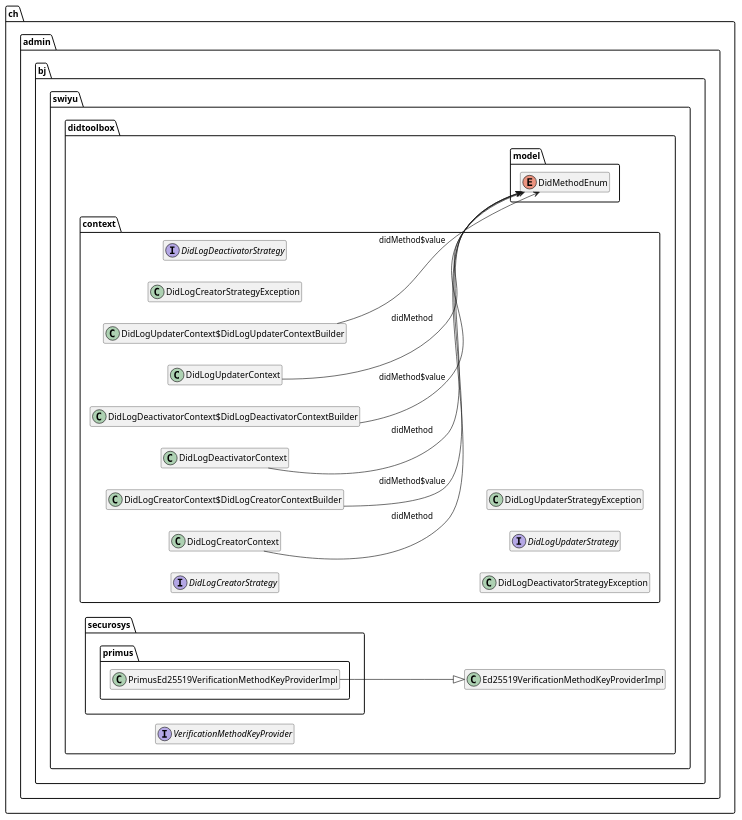
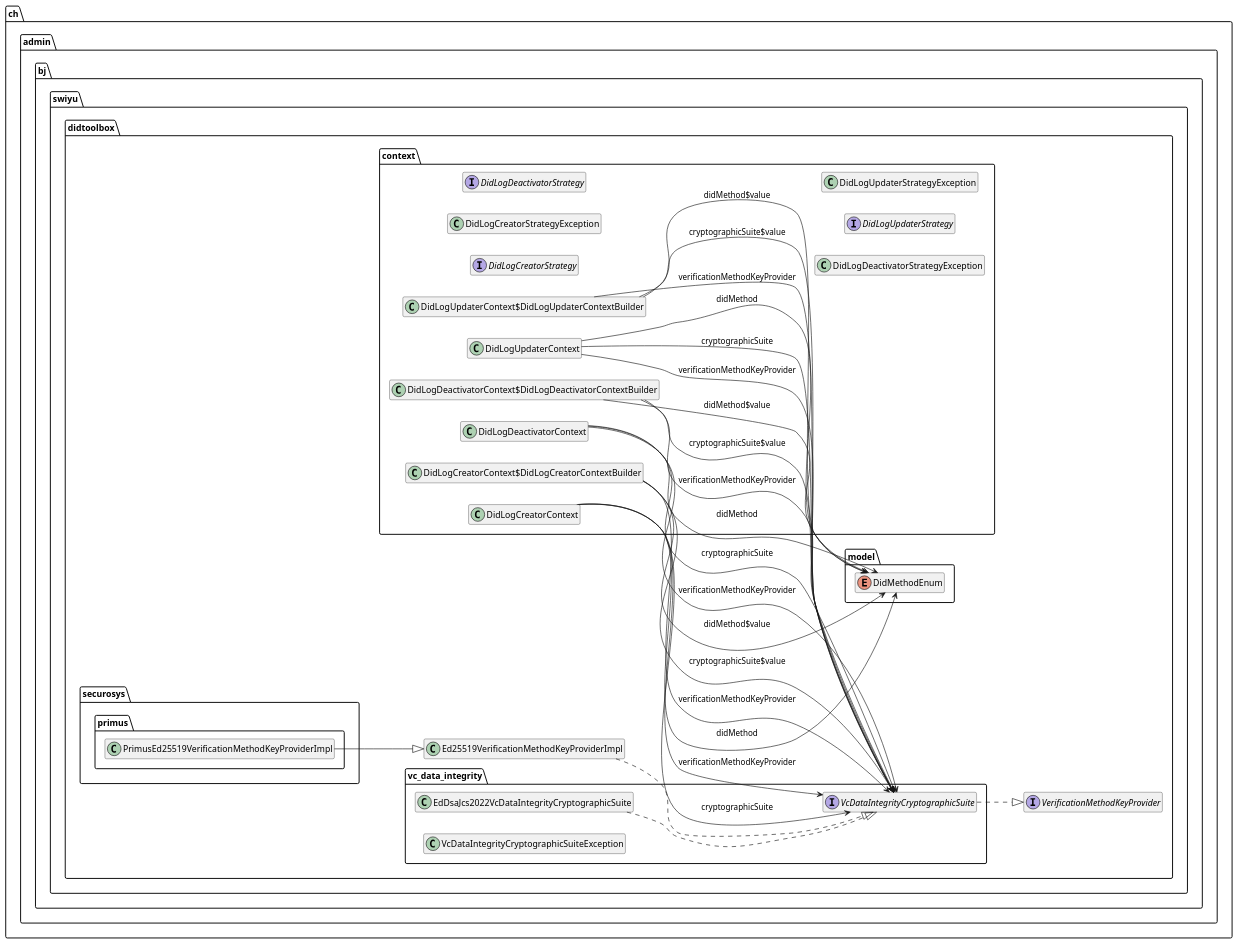
Before and after one commit to swiyu-admin-ch/didtoolbox-java: the diagram in src/main/plantuml/didtoolbox-api-classes-only.puml, drawn with PlantUML. The commit also changed 12 other files, not shown here.

```diff
--- a/src/main/plantuml/didtoolbox-api-classes-only.puml
+++ b/src/main/plantuml/didtoolbox-api-classes-only.puml
@@ -2,133 +2,170 @@
 @startuml
 
 left to right direction
 
 
 class ch.admin.bj.swiyu.didtoolbox.Ed25519VerificationMethodKeyProviderImpl {
 	{field} #keyPair : java.security.KeyPair
 	{field} #provider : java.security.Provider
 	{method} +addProof ( paramString1 : String , paramString2 : String , paramString3 : String , paramZonedDateTime4 : java.time.ZonedDateTime ) : String
 	{method} +generateSignature ( param[B1 : [B ) : [B <<deprecated>> 
 	{method} +getVerificationKeyMultibase () : String
 	{method} +isKeyMultibaseInSet ( paramSet1 : java.util.Set ) : boolean
 	{method} +writePublicKeyAsPem ( paramFile1 : java.io.File ) : void
 }
 
 
 interface ch.admin.bj.swiyu.didtoolbox.VerificationMethodKeyProvider {
 	{method}  {abstract} +generateSignature ( param[B1 : [B ) : [B
 	{method}  {abstract} +getVerificationKeyMultibase () : String
 	{method}  {abstract} +isKeyMultibaseInSet ( paramSet1 : java.util.Set ) : boolean
 }
 
 
 class ch.admin.bj.swiyu.didtoolbox.context.DidLogCreatorContext {
 	{method} +create ( paramURL1 : java.net.URL ) : String
 }
 
 
 class ch.admin.bj.swiyu.didtoolbox.context.DidLogCreatorContext$DidLogCreatorContextBuilder {
 	{method} +assertionMethodKeys ( paramMap1 : java.util.Map ) : ch.admin.bj.swiyu.didtoolbox.context.DidLogCreatorContext$DidLogCreatorContextBuilder
 	{method} +authenticationKeys ( paramMap1 : java.util.Map ) : ch.admin.bj.swiyu.didtoolbox.context.DidLogCreatorContext$DidLogCreatorContextBuilder
 	{method} +build () : ch.admin.bj.swiyu.didtoolbox.context.DidLogCreatorContext
 	{method} +cryptographicSuite ( paramVcDataIntegrityCryptographicSuite1 : ch.admin.bj.swiyu.didtoolbox.vc_data_integrity.VcDataIntegrityCryptographicSuite ) : ch.admin.bj.swiyu.didtoolbox.context.DidLogCreatorContext$DidLogCreatorContextBuilder
 	{method} +didMethod ( paramDidMethodEnum1 : ch.admin.bj.swiyu.didtoolbox.model.DidMethodEnum ) : ch.admin.bj.swiyu.didtoolbox.context.DidLogCreatorContext$DidLogCreatorContextBuilder
 	{method} +forceOverwrite ( paramboolean1 : boolean ) : ch.admin.bj.swiyu.didtoolbox.context.DidLogCreatorContext$DidLogCreatorContextBuilder
 	{method} +nextKeys ( paramSet1 : java.util.Set ) : ch.admin.bj.swiyu.didtoolbox.context.DidLogCreatorContext$DidLogCreatorContextBuilder
 	{method} +toString () : String
 	{method} +updateKeys ( paramSet1 : java.util.Set ) : ch.admin.bj.swiyu.didtoolbox.context.DidLogCreatorContext$DidLogCreatorContextBuilder
 	{method} +verificationMethodKeyProvider ( paramVcDataIntegrityCryptographicSuite1 : ch.admin.bj.swiyu.didtoolbox.vc_data_integrity.VcDataIntegrityCryptographicSuite ) : ch.admin.bj.swiyu.didtoolbox.context.DidLogCreatorContext$DidLogCreatorContextBuilder <<deprecated>> 
 }
 
 
 interface ch.admin.bj.swiyu.didtoolbox.context.DidLogCreatorStrategy {
 	{method}  {abstract} +createDidLog ( paramURL1 : java.net.URL ) : String
 	{method}  {abstract} +createDidLog ( paramURL1 : java.net.URL , paramZonedDateTime2 : java.time.ZonedDateTime ) : String
 }
 
 
 class ch.admin.bj.swiyu.didtoolbox.context.DidLogCreatorStrategyException {
 }
 
 
 class ch.admin.bj.swiyu.didtoolbox.context.DidLogDeactivatorContext {
 	{method} +deactivate ( paramString1 : String ) : String
 	{method} +deactivate ( paramFile1 : java.io.File ) : String
 }
 
 
 class ch.admin.bj.swiyu.didtoolbox.context.DidLogDeactivatorContext$DidLogDeactivatorContextBuilder {
 	{method} +build () : ch.admin.bj.swiyu.didtoolbox.context.DidLogDeactivatorContext
 	{method} +cryptographicSuite ( paramVcDataIntegrityCryptographicSuite1 : ch.admin.bj.swiyu.didtoolbox.vc_data_integrity.VcDataIntegrityCryptographicSuite ) : ch.admin.bj.swiyu.didtoolbox.context.DidLogDeactivatorContext$DidLogDeactivatorContextBuilder
 	{method} +didMethod ( paramDidMethodEnum1 : ch.admin.bj.swiyu.didtoolbox.model.DidMethodEnum ) : ch.admin.bj.swiyu.didtoolbox.context.DidLogDeactivatorContext$DidLogDeactivatorContextBuilder
 	{method} +toString () : String
 	{method} +verificationMethodKeyProvider ( paramVcDataIntegrityCryptographicSuite1 : ch.admin.bj.swiyu.didtoolbox.vc_data_integrity.VcDataIntegrityCryptographicSuite ) : ch.admin.bj.swiyu.didtoolbox.context.DidLogDeactivatorContext$DidLogDeactivatorContextBuilder <<deprecated>> 
 }
 
 
 interface ch.admin.bj.swiyu.didtoolbox.context.DidLogDeactivatorStrategy {
 	{method}  {abstract} +deactivateDidLog ( paramString1 : String ) : String
 	{method}  {abstract} +deactivateDidLog ( paramFile1 : java.io.File ) : String
 	{method}  {abstract} +deactivateDidLog ( paramString1 : String , paramZonedDateTime2 : java.time.ZonedDateTime ) : String
 }
 
 
 class ch.admin.bj.swiyu.didtoolbox.context.DidLogDeactivatorStrategyException {
 }
 
 
 class ch.admin.bj.swiyu.didtoolbox.context.DidLogUpdaterContext {
 	{method} +update ( paramString1 : String ) : String
 	{method} +update ( paramFile1 : java.io.File ) : String
 }
 
 
 class ch.admin.bj.swiyu.didtoolbox.context.DidLogUpdaterContext$DidLogUpdaterContextBuilder {
 	{method} +assertionMethodKeys ( paramMap1 : java.util.Map ) : ch.admin.bj.swiyu.didtoolbox.context.DidLogUpdaterContext$DidLogUpdaterContextBuilder
 	{method} +authenticationKeys ( paramMap1 : java.util.Map ) : ch.admin.bj.swiyu.didtoolbox.context.DidLogUpdaterContext$DidLogUpdaterContextBuilder
 	{method} +build () : ch.admin.bj.swiyu.didtoolbox.context.DidLogUpdaterContext
 	{method} +cryptographicSuite ( paramVcDataIntegrityCryptographicSuite1 : ch.admin.bj.swiyu.didtoolbox.vc_data_integrity.VcDataIntegrityCryptographicSuite ) : ch.admin.bj.swiyu.didtoolbox.context.DidLogUpdaterContext$DidLogUpdaterContextBuilder
 	{method} +didMethod ( paramDidMethodEnum1 : ch.admin.bj.swiyu.didtoolbox.model.DidMethodEnum ) : ch.admin.bj.swiyu.didtoolbox.context.DidLogUpdaterContext$DidLogUpdaterContextBuilder
 	{method} +nextKeys ( paramSet1 : java.util.Set ) : ch.admin.bj.swiyu.didtoolbox.context.DidLogUpdaterContext$DidLogUpdaterContextBuilder
 	{method} +toString () : String
 	{method} +updateKeys ( paramSet1 : java.util.Set ) : ch.admin.bj.swiyu.didtoolbox.context.DidLogUpdaterContext$DidLogUpdaterContextBuilder
 	{method} +verificationMethodKeyProvider ( paramVcDataIntegrityCryptographicSuite1 : ch.admin.bj.swiyu.didtoolbox.vc_data_integrity.VcDataIntegrityCryptographicSuite ) : ch.admin.bj.swiyu.didtoolbox.context.DidLogUpdaterContext$DidLogUpdaterContextBuilder <<deprecated>> 
 }
 
 
 interface ch.admin.bj.swiyu.didtoolbox.context.DidLogUpdaterStrategy {
 	{method}  {abstract} +updateDidLog ( paramString1 : String ) : String
 	{method}  {abstract} +updateDidLog ( paramFile1 : java.io.File ) : String
 	{method}  {abstract} +updateDidLog ( paramString1 : String , paramZonedDateTime2 : java.time.ZonedDateTime ) : String
 }
 
 
 class ch.admin.bj.swiyu.didtoolbox.context.DidLogUpdaterStrategyException {
 }
 
 
 enum ch.admin.bj.swiyu.didtoolbox.model.DidMethodEnum {
 	{field} +TDW_0_3
 	{field} +WEBVH_1_0
 }
 
 
 class ch.admin.bj.swiyu.didtoolbox.securosys.primus.PrimusEd25519VerificationMethodKeyProviderImpl {
 	{method} +generateSignature ( param[B1 : [B ) : [B
 }
 
 
+class ch.admin.bj.swiyu.didtoolbox.vc_data_integrity.EdDsaJcs2022VcDataIntegrityCryptographicSuite {
+	{field} #cryptoSuite : ch.admin.eid.did_sidekicks.EddsaJcs2022Cryptosuite
+	{field} #signingKey : ch.admin.eid.did_sidekicks.Ed25519SigningKey
+	{method} +addProof ( paramString1 : String , paramString2 : String , paramString3 : String , paramZonedDateTime4 : java.time.ZonedDateTime ) : String
+	{method} +generateSignature ( param[B1 : [B ) : [B <<deprecated>> 
+	{method} +getVerificationKeyMultibase () : String
+	{method} +isKeyMultibaseInSet ( paramSet1 : java.util.Set ) : boolean
+	{method} +verifyStrict ( param[B1 : [B , param[B2 : [B ) : boolean
+	{method} +writePkcs8PemFile ( paramFile1 : java.io.File ) : void
+	{method} +writePublicKeyPemFile ( paramFile1 : java.io.File ) : void
+}
 
 
+interface ch.admin.bj.swiyu.didtoolbox.vc_data_integrity.VcDataIntegrityCryptographicSuite {
+	{method}  {abstract} +addProof ( paramString1 : String , paramString2 : String , paramString3 : String , paramZonedDateTime4 : java.time.ZonedDateTime ) : String
+}
+
+
+class ch.admin.bj.swiyu.didtoolbox.vc_data_integrity.VcDataIntegrityCryptographicSuiteException {
+}
+
+
+
+
+ch.admin.bj.swiyu.didtoolbox.Ed25519VerificationMethodKeyProviderImpl ..|>  ch.admin.bj.swiyu.didtoolbox.vc_data_integrity.VcDataIntegrityCryptographicSuite
 ch.admin.bj.swiyu.didtoolbox.context.DidLogCreatorContext -->  ch.admin.bj.swiyu.didtoolbox.model.DidMethodEnum : didMethod
+ch.admin.bj.swiyu.didtoolbox.context.DidLogCreatorContext -->  ch.admin.bj.swiyu.didtoolbox.vc_data_integrity.VcDataIntegrityCryptographicSuite : cryptographicSuite
+ch.admin.bj.swiyu.didtoolbox.context.DidLogCreatorContext -->  ch.admin.bj.swiyu.didtoolbox.vc_data_integrity.VcDataIntegrityCryptographicSuite : verificationMethodKeyProvider
 ch.admin.bj.swiyu.didtoolbox.context.DidLogCreatorContext$DidLogCreatorContextBuilder -->  ch.admin.bj.swiyu.didtoolbox.model.DidMethodEnum : didMethod$value
+ch.admin.bj.swiyu.didtoolbox.context.DidLogCreatorContext$DidLogCreatorContextBuilder -->  ch.admin.bj.swiyu.didtoolbox.vc_data_integrity.VcDataIntegrityCryptographicSuite : cryptographicSuite$value
+ch.admin.bj.swiyu.didtoolbox.context.DidLogCreatorContext$DidLogCreatorContextBuilder -->  ch.admin.bj.swiyu.didtoolbox.vc_data_integrity.VcDataIntegrityCryptographicSuite : verificationMethodKeyProvider
 ch.admin.bj.swiyu.didtoolbox.context.DidLogDeactivatorContext -->  ch.admin.bj.swiyu.didtoolbox.model.DidMethodEnum : didMethod
+ch.admin.bj.swiyu.didtoolbox.context.DidLogDeactivatorContext -->  ch.admin.bj.swiyu.didtoolbox.vc_data_integrity.VcDataIntegrityCryptographicSuite : cryptographicSuite
+ch.admin.bj.swiyu.didtoolbox.context.DidLogDeactivatorContext -->  ch.admin.bj.swiyu.didtoolbox.vc_data_integrity.VcDataIntegrityCryptographicSuite : verificationMethodKeyProvider
 ch.admin.bj.swiyu.didtoolbox.context.DidLogDeactivatorContext$DidLogDeactivatorContextBuilder -->  ch.admin.bj.swiyu.didtoolbox.model.DidMethodEnum : didMethod$value
+ch.admin.bj.swiyu.didtoolbox.context.DidLogDeactivatorContext$DidLogDeactivatorContextBuilder -->  ch.admin.bj.swiyu.didtoolbox.vc_data_integrity.VcDataIntegrityCryptographicSuite : cryptographicSuite$value
+ch.admin.bj.swiyu.didtoolbox.context.DidLogDeactivatorContext$DidLogDeactivatorContextBuilder -->  ch.admin.bj.swiyu.didtoolbox.vc_data_integrity.VcDataIntegrityCryptographicSuite : verificationMethodKeyProvider
 ch.admin.bj.swiyu.didtoolbox.context.DidLogUpdaterContext -->  ch.admin.bj.swiyu.didtoolbox.model.DidMethodEnum : didMethod
+ch.admin.bj.swiyu.didtoolbox.context.DidLogUpdaterContext -->  ch.admin.bj.swiyu.didtoolbox.vc_data_integrity.VcDataIntegrityCryptographicSuite : cryptographicSuite
+ch.admin.bj.swiyu.didtoolbox.context.DidLogUpdaterContext -->  ch.admin.bj.swiyu.didtoolbox.vc_data_integrity.VcDataIntegrityCryptographicSuite : verificationMethodKeyProvider
 ch.admin.bj.swiyu.didtoolbox.context.DidLogUpdaterContext$DidLogUpdaterContextBuilder -->  ch.admin.bj.swiyu.didtoolbox.model.DidMethodEnum : didMethod$value
+ch.admin.bj.swiyu.didtoolbox.context.DidLogUpdaterContext$DidLogUpdaterContextBuilder -->  ch.admin.bj.swiyu.didtoolbox.vc_data_integrity.VcDataIntegrityCryptographicSuite : cryptographicSuite$value
+ch.admin.bj.swiyu.didtoolbox.context.DidLogUpdaterContext$DidLogUpdaterContextBuilder -->  ch.admin.bj.swiyu.didtoolbox.vc_data_integrity.VcDataIntegrityCryptographicSuite : verificationMethodKeyProvider
 ch.admin.bj.swiyu.didtoolbox.securosys.primus.PrimusEd25519VerificationMethodKeyProviderImpl --|>  ch.admin.bj.swiyu.didtoolbox.Ed25519VerificationMethodKeyProviderImpl
+ch.admin.bj.swiyu.didtoolbox.vc_data_integrity.EdDsaJcs2022VcDataIntegrityCryptographicSuite ..|>  ch.admin.bj.swiyu.didtoolbox.vc_data_integrity.VcDataIntegrityCryptographicSuite
+ch.admin.bj.swiyu.didtoolbox.vc_data_integrity.VcDataIntegrityCryptographicSuite ..|>  ch.admin.bj.swiyu.didtoolbox.VerificationMethodKeyProvider
 
 hide fields
 hide methods
 
 @enduml
```
